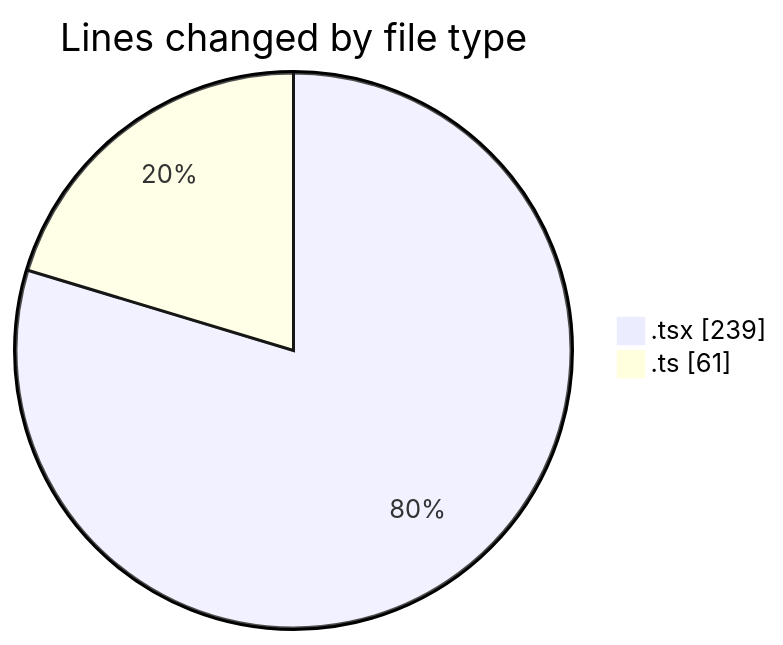
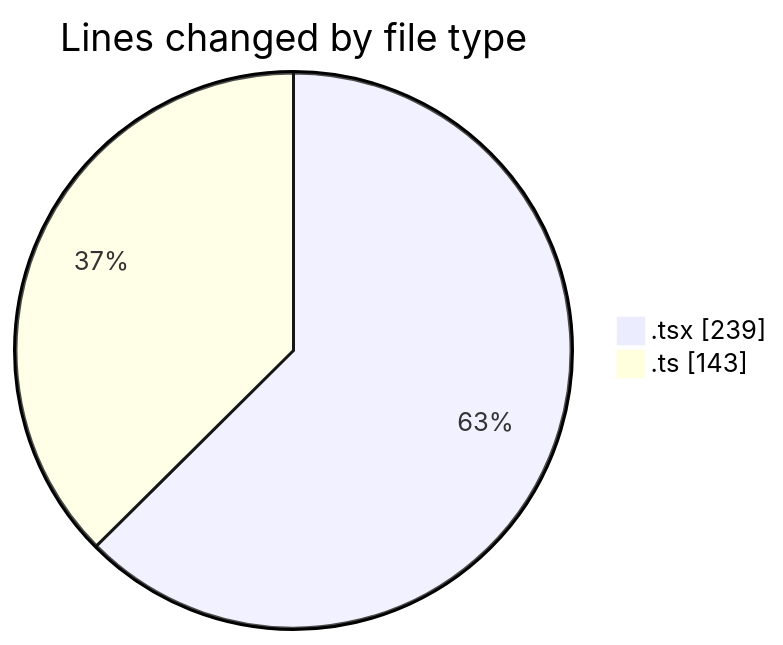
Before and after one commit to julien-gomy/code-tracking: the first of 2 diagrams in 2025-11-08/eventscop-frontend-guide__workspace_/README.md, drawn with Mermaid. The commit also changed other lines of this file and 1 other file, not shown here.

````diff
--- a/2025-11-08/eventscop-frontend-guide__workspace_/README.md
+++ b/2025-11-08/eventscop-frontend-guide__workspace_/README.md
@@ -23,6 +24,6 @@
 ```mermaid
 pie showData
 title Lines changed by file type
 ".tsx" : 239
-".ts" : 61
+".ts" : 143
 ```
````
